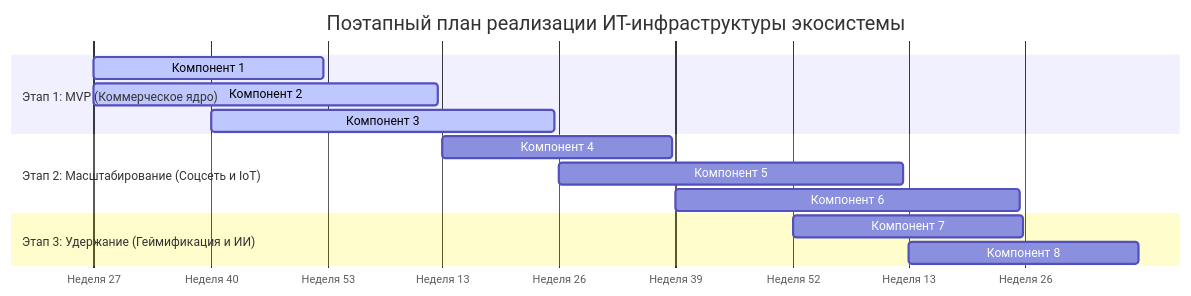
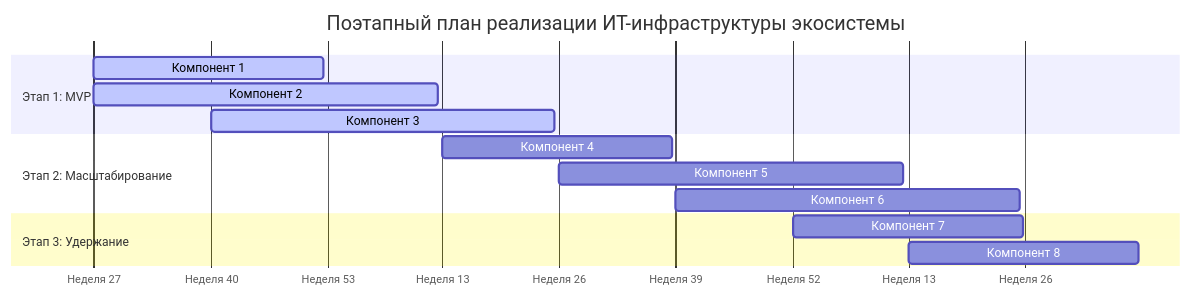
One commit to Maksim-Burning-Inside/Sports-app-architecture changed the diagram in stage-1-concept/06-implementation-order.md. Above: the diagram before and after it, drawn with Mermaid.

````diff
--- a/stage-1-concept/06-implementation-order.md
+++ b/stage-1-concept/06-implementation-order.md
@@ -11,21 +11,21 @@
 ```mermaid
 gantt
     title Поэтапный план реализации ИТ-инфраструктуры экосистемы
     dateFormat  YYYY-MM-DD
     axisFormat Неделя %V
     todayMarker off
 
-    section Этап 1: MVP (Коммерческое ядро)
+    section Этап 1: MVP
     Компонент 1 :active, t1, 2026-07-01, 180d
     Компонент 2 :active, t2, 2026-07-01, 270d
     Компонент 3 :active, t3, 2026-10-01, 270d
 
-    section Этап 2: Масштабирование (Соцсеть и IoT)
+    section Этап 2: Масштабирование
     Компонент 4 : t4, 2027-04-01, 180d
     Компонент 5 : t5, 2027-07-01, 270d
     Компонент 6 : t6, 2027-10-01, 270d
 
-    section Этап 3: Удержание (Геймификация и ИИ)
+    section Этап 3: Удержание
     Компонент 7 : t7, 2028-01-01, 180d
     Компонент 8 : t8, 2028-04-01, 180d
 ```
````
